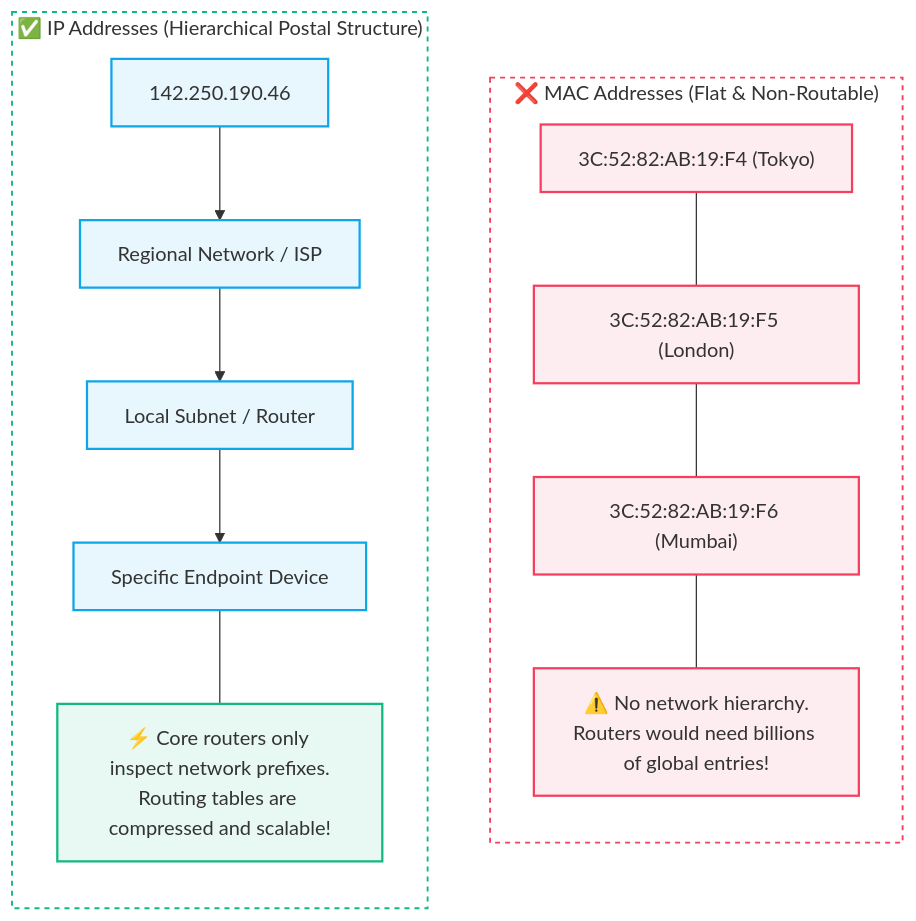
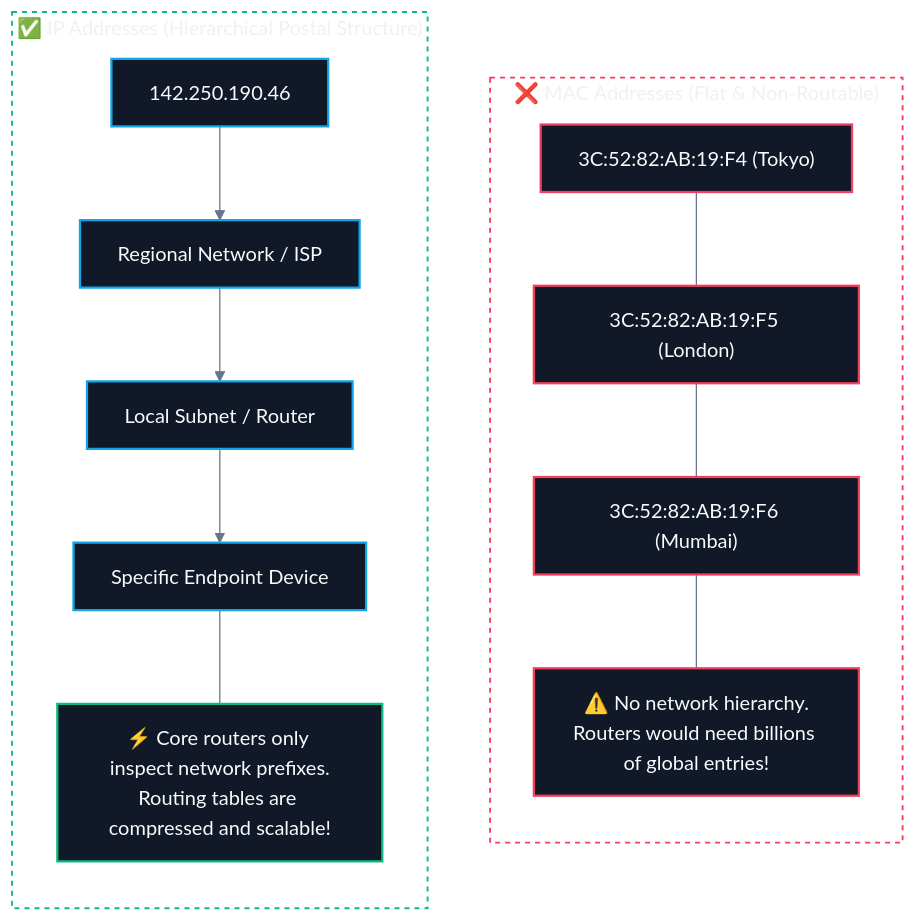
Before and after one commit to abhinavbharti2345/CS_Notes: the diagram in CS/Computer Networking/03. IP Addressing & Subnetting/01. IP Addressing Fundamentals.md, drawn with Mermaid. The commit also changed other lines of this file and 195 other files, not shown here.

````diff
--- a/CS/Computer Networking/03. IP Addressing & Subnetting/01. IP Addressing Fundamentals.md
+++ b/CS/Computer Networking/03. IP Addressing & Subnetting/01. IP Addressing Fundamentals.md
@@ -27,29 +27,30 @@
 ```mermaid
+%%{init: {'theme': 'base', 'themeVariables': { 'darkMode': true, 'background': '#0B0F14', 'mainBkg': '#111827', 'primaryColor': '#111827', 'primaryTextColor': '#F8FAFC', 'primaryBorderColor': '#38BDF8', 'lineColor': '#64748B', 'secondaryColor': '#0B0F14', 'tertiaryColor': '#0B0F14', 'clusterBkg': '#0B0F14', 'clusterBorder': '#38BDF8' }}}%%
 flowchart TD
     subgraph Flat["❌ MAC Addresses (Flat & Non-Routable)"]
         direction TD
         M1["3C:52:82:AB:19:F4 (Tokyo)"]
         M2["3C:52:82:AB:19:F5 (London)"]
         M3["3C:52:82:AB:19:F6 (Mumbai)"]
         FlatNote["⚠️ No network hierarchy.<br>Routers would need billions of global entries!"]
         M1 --- M2 --- M3 --- FlatNote
     end
 
     subgraph Hierarchical["✅ IP Addresses (Hierarchical Postal Structure)"]
         direction TD
         I1["142.250.190.46"] --> AS["Regional Network / ISP"] --> Subnet["Local Subnet / Router"] --> Host["Specific Endpoint Device"]
         HierNote["⚡ Core routers only inspect network prefixes.<br>Routing tables are compressed and scalable!"]
         Host --- HierNote
     end
 
     style Flat fill:none,stroke:#f43f5e,stroke-width:1.5px,stroke-dasharray:4 4
     style Hierarchical fill:none,stroke:#10b981,stroke-width:1.5px,stroke-dasharray:4 4
 
-    classDef flatNode fill:#f43f5e18,stroke:#f43f5e,stroke-width:1.8px;
-    classDef hierNode fill:#10b98118,stroke:#10b981,stroke-width:1.8px;
-    classDef stepNode fill:#0ea5e918,stroke:#0ea5e9,stroke-width:1.8px;
+    classDef flatNode fill:#111827,stroke:#f43f5e,stroke-width:1.8px,color:#F8FAFC;
+    classDef hierNode fill:#111827,stroke:#10b981,stroke-width:1.8px,color:#F8FAFC;
+    classDef stepNode fill:#111827,stroke:#0ea5e9,stroke-width:1.8px,color:#F8FAFC;
 
     class M1,M2,M3,FlatNote flatNode;
     class I1,AS,Subnet,Host stepNode;
     class HierNote hierNode;
 ```
````
